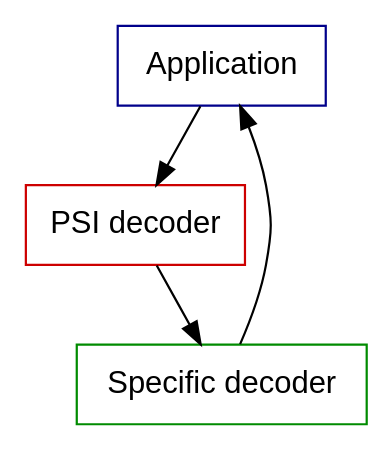
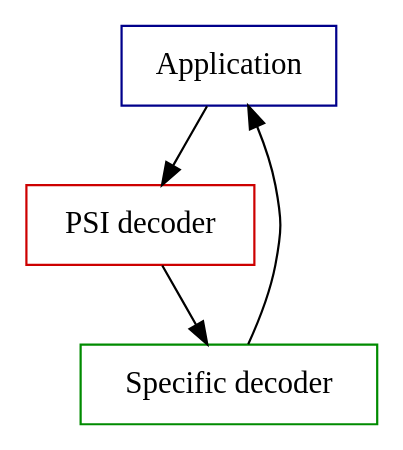
One commit to mkrufky/libdvbpsi changed the diagram in doc/decoder.dot. Above: the diagram before and after it, drawn with Graphviz. The commit also changed 9 other files, not shown here.

```diff
--- a/doc/decoder.dot
+++ b/doc/decoder.dot
@@ -1,16 +1,13 @@
 digraph decoder {
   "app"                 [ shape="box"
                           label="Application"
-                          color="blue4"
-                          fontname="Helvetica" ];
+                          color="blue4" ];
   "psi_dec"             [ shape="box"
                           label="PSI decoder"
-                          color="red3"
-                          fontname="Helvetica" ];
+                          color="red3" ];
   "specific_dec"        [ shape="box"
                           label="Specific decoder"
-                          color="green4"
-                          fontname="Helvetica" ];
+                          color="green4" ];
 
   app -> psi_dec -> specific_dec -> app
 }
```
